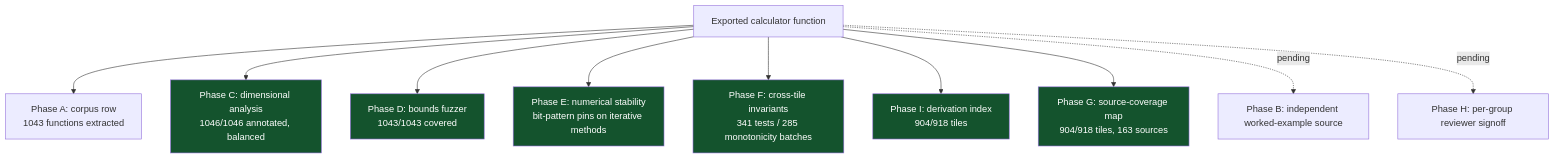
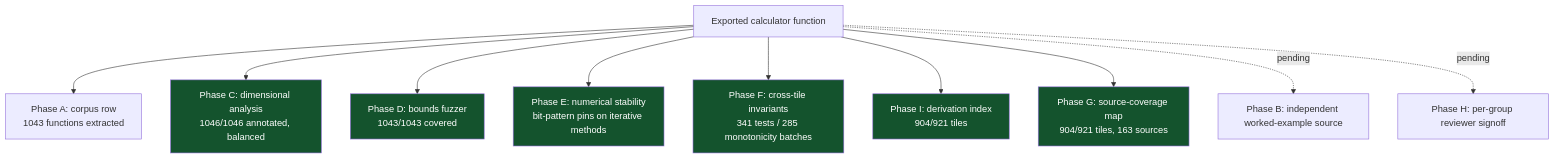
The sixth of 8 diagrams in README.md (clay-good/roughlogic.com), drawn with Mermaid before and after one commit. The commit also changed other lines of this file and 18 other files, not shown here.

````diff
--- a/README.md
+++ b/README.md
@@ -519,18 +519,18 @@
 ```mermaid
 flowchart TB
     F[Exported calculator function] --> A[Phase A: corpus row\n1043 functions extracted]
     F --> C[Phase C: dimensional analysis\n1046/1046 annotated, balanced]
     F --> D[Phase D: bounds fuzzer\n1043/1043 covered]
     F --> E[Phase E: numerical stability\nbit-pattern pins on iterative methods]
     F --> Fa[Phase F: cross-tile invariants\n341 tests / 285 monotonicity batches]
-    F --> I[Phase I: derivation index\n904/918 tiles]
-    F --> G[Phase G: source-coverage map\n904/918 tiles, 163 sources]
+    F --> I[Phase I: derivation index\n904/921 tiles]
+    F --> G[Phase G: source-coverage map\n904/921 tiles, 163 sources]
     F -.pending.-> B[Phase B: independent worked-example source]
     F -.pending.-> H[Phase H: per-group reviewer signoff]
     style C fill:#14532d,color:#fff
     style D fill:#14532d,color:#fff
     style E fill:#14532d,color:#fff
     style Fa fill:#14532d,color:#fff
     style G fill:#14532d,color:#fff
     style I fill:#14532d,color:#fff
 ```
````
